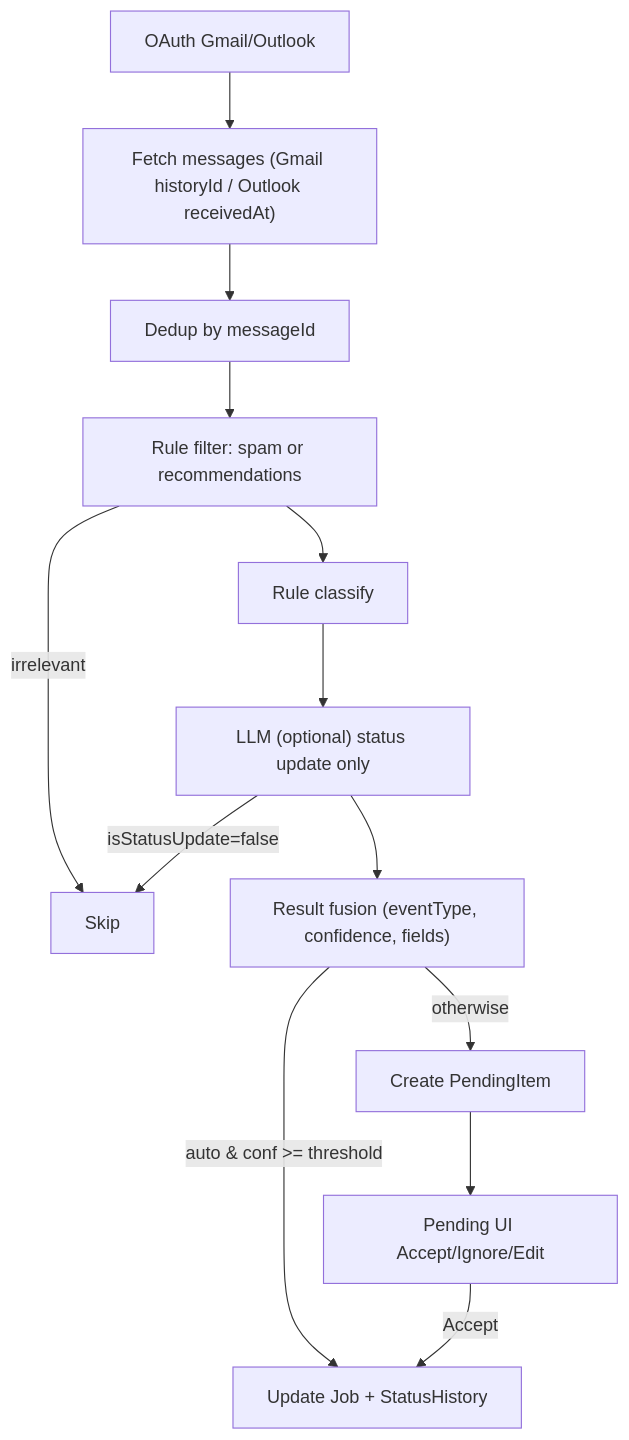
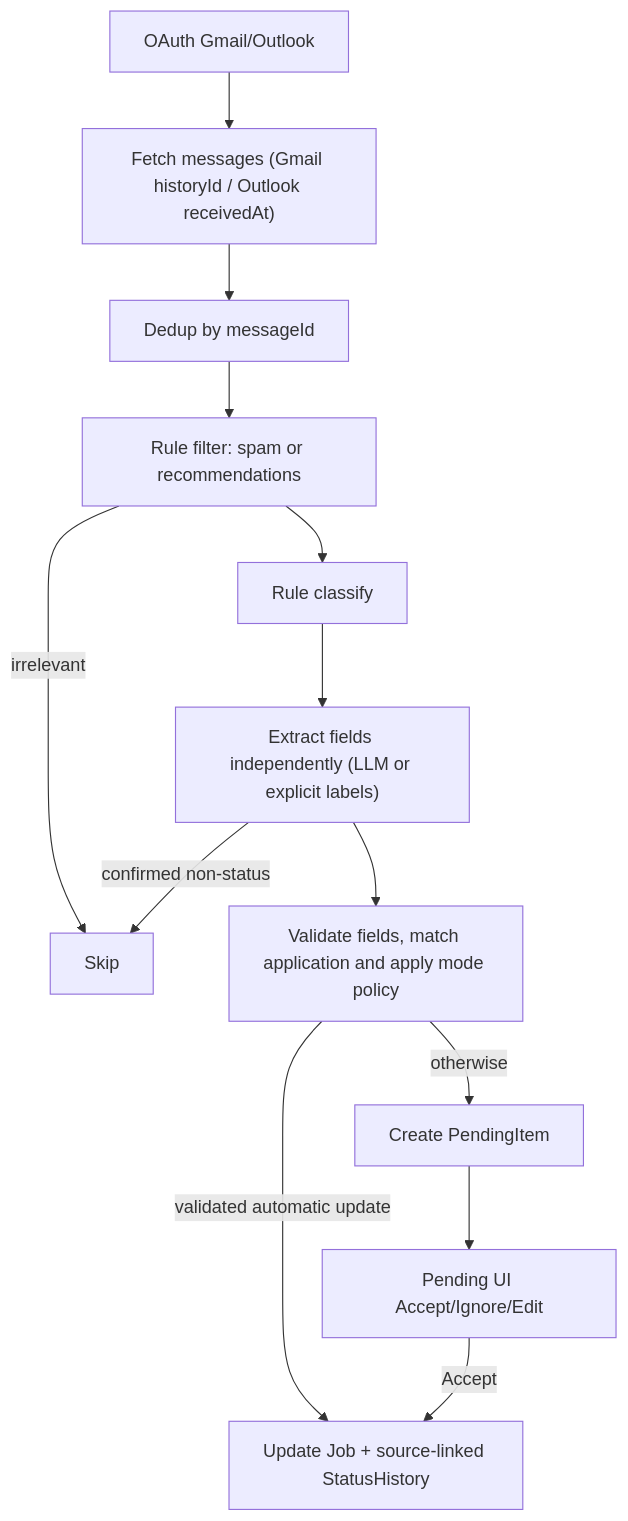
One commit to Enfoirer/jobgenie changed the diagram in README.md. Above: the diagram before and after it, drawn with Mermaid. The commit also changed other lines of this file and 26 other files, not shown here.

````diff
--- a/README.md
+++ b/README.md
@@ -37,15 +37,15 @@
 ```mermaid
 flowchart TD
   A[OAuth Gmail/Outlook] --> B["Fetch messages (Gmail historyId / Outlook receivedAt)"]
   B --> C["Dedup by messageId"]
   C --> D["Rule filter: spam or recommendations"]
   D -->|irrelevant| Z[Skip]
   D --> E["Rule classify"]
-  E --> F["LLM (optional) status update only"]
-  F -->|isStatusUpdate=false| Z
-  F --> G["Result fusion (eventType, confidence, fields)"]
-  G -->|auto & conf >= threshold| H["Update Job + StatusHistory"]
+  E --> F["Extract fields independently (LLM or explicit labels)"]
+  F -->|confirmed non-status| Z
+  F --> G["Validate fields, match application and apply mode policy"]
+  G -->|validated automatic update| H["Update Job + source-linked StatusHistory"]
   G -->|otherwise| I["Create PendingItem"]
   I --> J["Pending UI Accept/Ignore/Edit"]
   J -->|Accept| H
 ```
````
